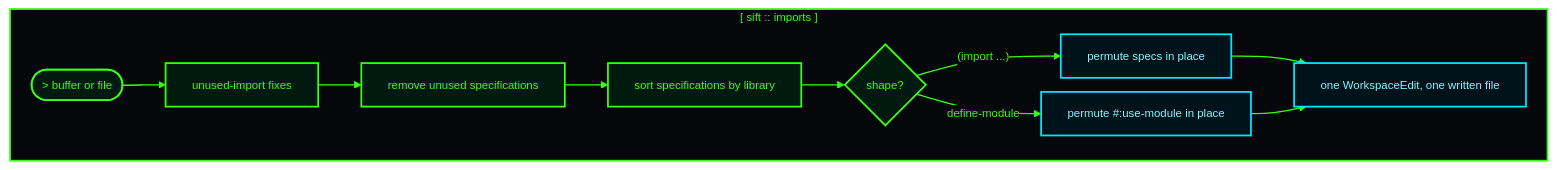
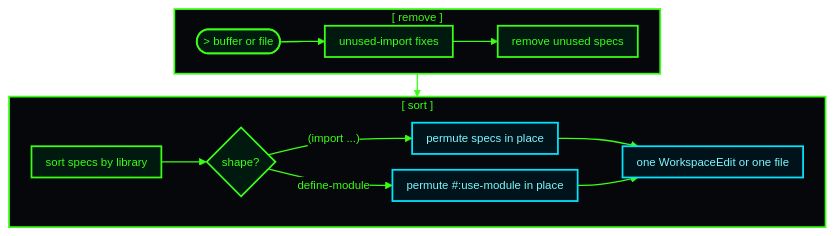
One commit to jjba23/sift changed the fourth of 5 diagrams in doc/diagrams.md. Above: the diagram before and after it, drawn with Mermaid. The commit also changed other lines of this file and 4 other files, not shown here.

First line of the commit message:
docs(diagrams): lay every diagram out as a row, not a column

````diff
--- a/doc/diagrams.md
+++ b/doc/diagrams.md
@@ -158,31 +164,36 @@
 ```mermaid
-%%{init: {"theme": "base", "themeVariables": {"darkMode": true, "fontFamily": "monospace", "fontSize": "13px", "background": "#05070a", "mainBkg": "#05070a", "primaryColor": "#05070a", "primaryTextColor": "#39ff14", "primaryBorderColor": "#39ff14", "secondaryColor": "#0b0f14", "tertiaryColor": "#0b0f14", "lineColor": "#39ff14", "textColor": "#c9ffd4", "edgeLabelBackground": "#05070a", "clusterBkg": "#0b0f14", "clusterBorder": "#00e5ff"}, "flowchart": {"wrappingWidth": 340, "nodeSpacing": 16, "rankSpacing": 24}}}%%
+%%{init: {"theme": "base", "themeVariables": {"darkMode": true, "fontFamily": "monospace", "fontSize": "13px", "background": "#05070a", "mainBkg": "#05070a", "primaryColor": "#05070a", "primaryTextColor": "#39ff14", "primaryBorderColor": "#39ff14", "secondaryColor": "#0b0f14", "tertiaryColor": "#0b0f14", "lineColor": "#39ff14", "textColor": "#c9ffd4", "edgeLabelBackground": "#05070a", "clusterBkg": "#0b0f14", "clusterBorder": "#00e5ff"}, "flowchart": {"wrappingWidth": 340, "nodeSpacing": 18, "rankSpacing": 26, "padding": 8}}}%%
 flowchart TD
     classDef ttyCore fill:#001a0f,stroke:#39ff14,stroke-width:2px,color:#39ff14
     classDef ttyIndex fill:#00121a,stroke:#00e5ff,stroke-width:2px,color:#7df9ff
 
-    subgraph canvas ["[ sift :: imports ]"]
+    subgraph remove ["[ remove ]"]
+        direction LR
         A(["> buffer or file"])
         B["unused-import fixes"]
-        C["remove unused specifications"]
-        D["sort specifications by library"]
+        C["remove unused specs"]
+        A --> B --> C
+    end
+
+    subgraph sort ["[ sort ]"]
+        direction LR
+        D["sort specs by library"]
         E{"shape?"}
         F["permute specs in place"]
         G["permute #:use-module in place"]
-        H["one WorkspaceEdit, one written file"]
-
-        A --> B
-        B --> C
-        C --> D
+        H["one WorkspaceEdit or one file"]
         D --> E
         E -->|"(import ...)"| F
         E -->|"define-module"| G
         F --> H
         G --> H
     end
 
+    remove --> sort
+
     class A,B,C,D,E ttyCore
     class F,G,H ttyIndex
-    style canvas fill:#05070a,stroke:#39ff14,stroke-width:2px,color:#39ff14
+    style remove fill:#05070a,stroke:#39ff14,stroke-width:2px,color:#39ff14
+    style sort fill:#05070a,stroke:#39ff14,stroke-width:2px,color:#39ff14
     linkStyle default stroke:#39ff14,stroke-width:1.5px
 ```
````
